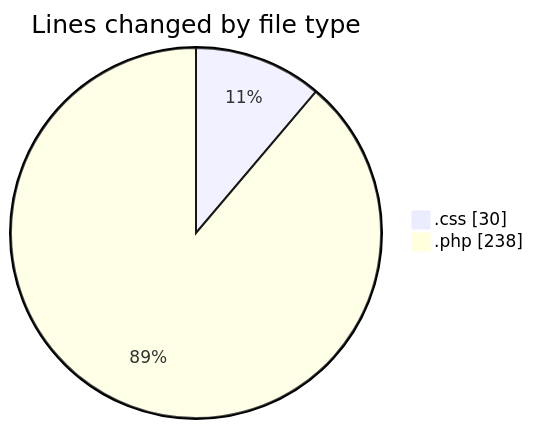
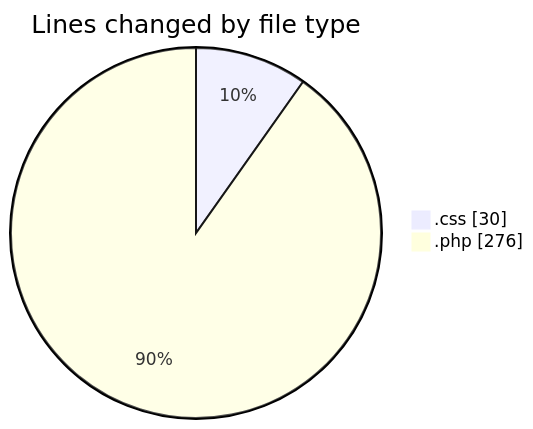
The first of 2 diagrams in 2026-03-20/designexo-child/README.md (momahboobian/code-tracking), drawn with Mermaid before and after one commit. The commit also changed other lines of this file and 1 other file, not shown here.

````diff
--- a/2026-03-20/designexo-child/README.md
+++ b/2026-03-20/designexo-child/README.md
@@ -23,6 +23,6 @@
 ```mermaid
 pie showData
 title Lines changed by file type
 ".css" : 30
-".php" : 238
+".php" : 276
 ```
````
